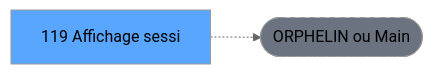
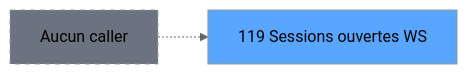
One commit to thonyAGP/magic-migration changed the second of 3 diagrams in .openspec/specs/ADH-IDE-119.md. Above: the diagram before and after it, drawn with Mermaid (neutral theme). The commit also changed other lines of this file and 311 other files, not shown here.

````diff
--- a/.openspec/specs/ADH-IDE-119.md
+++ b/.openspec/specs/ADH-IDE-119.md
@@ -125,8 +146,8 @@
 ```mermaid
 graph LR
-    T[119 Affichage sessi]
-    ORPHAN([ORPHELIN ou Main])
-    T -.-> ORPHAN
-    style T fill:#58a6ff,color:#000
-    style ORPHAN fill:#6b7280,stroke-dasharray: 5 5
+    T119[119 Sessions ouvertes WS]
+    style T119 fill:#58a6ff
+    NONE[Aucun caller]
+    NONE -.-> T119
+    style NONE fill:#6b7280,stroke-dasharray: 5 5
 ```
````
